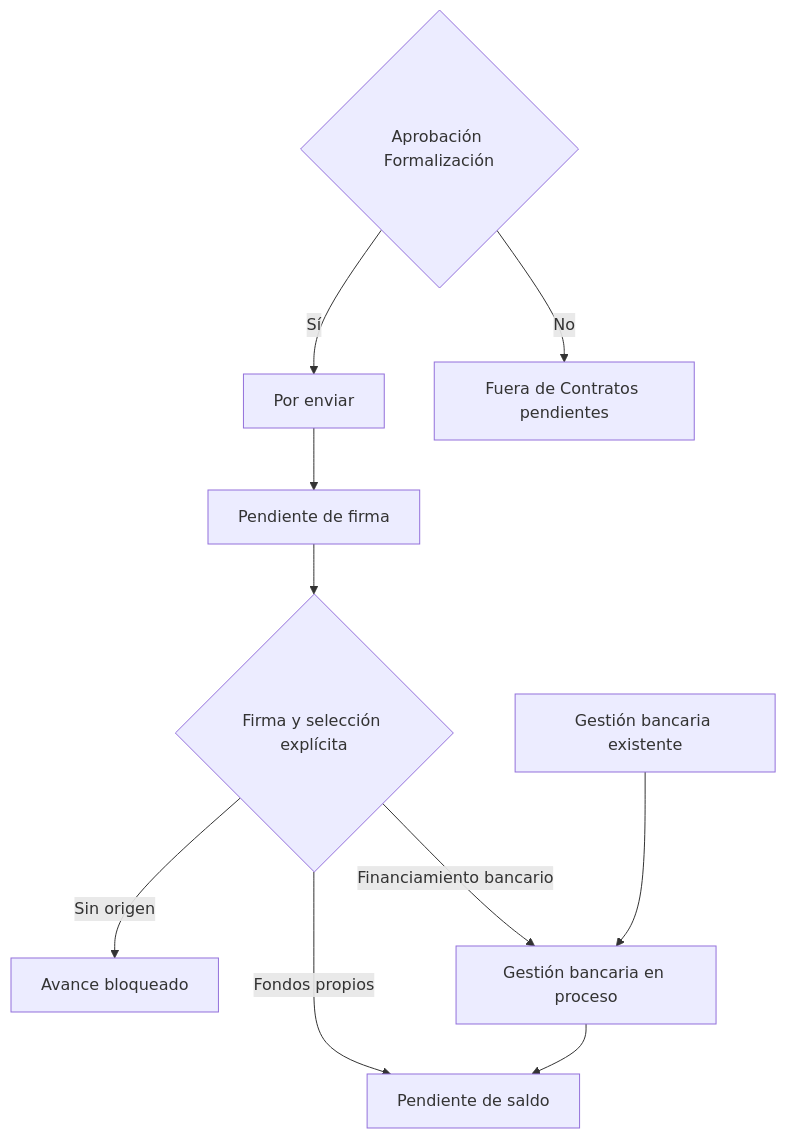
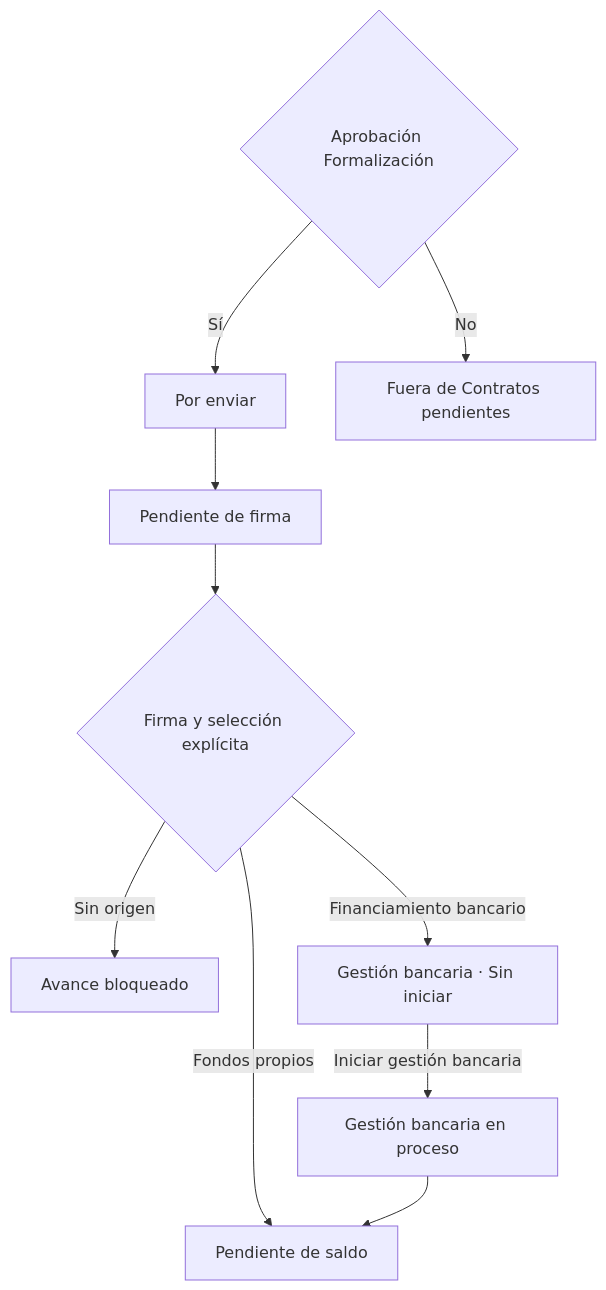
Before and after one commit to roccacr/CRM_VENTAS: the diagram in apps/api/Arquitectura/78-Formalizacion-Origen-Fondos-y-Gestion-Bancaria.md, drawn with Mermaid. The commit also changed other lines of this file and 95 other files, not shown here.

````diff
--- a/apps/api/Arquitectura/78-Formalizacion-Origen-Fondos-y-Gestion-Bancaria.md
+++ b/apps/api/Arquitectura/78-Formalizacion-Origen-Fondos-y-Gestion-Bancaria.md
@@ -34,12 +34,12 @@
 ```mermaid
 flowchart TD
   A{Aprobación Formalización} -->|Sí| B[Por enviar]
   A -->|No| X[Fuera de Contratos pendientes]
   B --> C[Pendiente de firma]
   C --> D{Firma y selección explícita}
   D -->|Sin origen| E[Avance bloqueado]
   D -->|Fondos propios| G[Pendiente de saldo]
-  D -->|Financiamiento bancario| F[Gestión bancaria en proceso]
+  D -->|Financiamiento bancario| H[Gestión bancaria · Sin iniciar]
+  H -->|Iniciar gestión bancaria| F[Gestión bancaria en proceso]
   F --> G
-  H[Gestión bancaria existente] --> F
 ```
````
